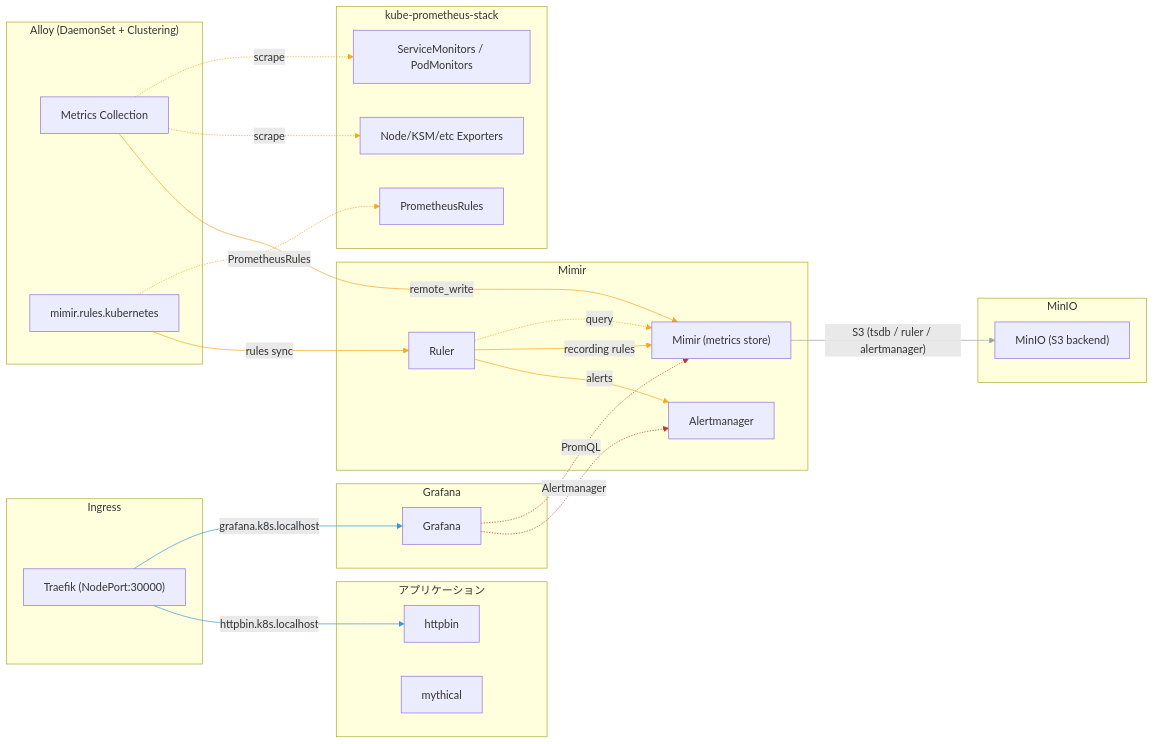
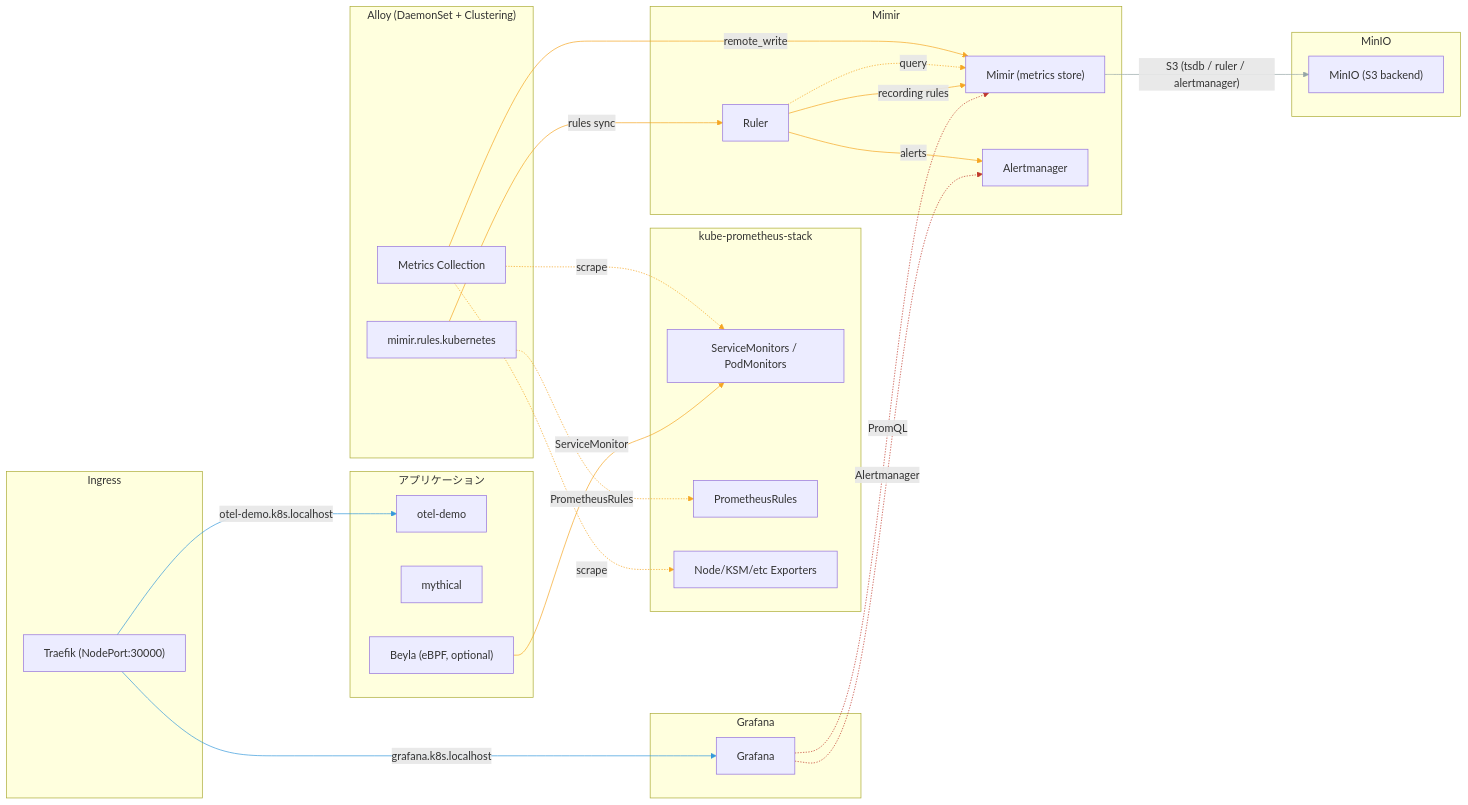
Before and after one commit to buzztaiki/sandbox: the first of 4 diagrams in k8s/alloy-lgtm-kubeprom/README.md, drawn with Mermaid. The commit also changed other lines of this file, not shown here.

First line of the commit message:
docs: update README diagrams to reflect current architecture

````diff
--- a/k8s/alloy-lgtm-kubeprom/README.md
+++ b/k8s/alloy-lgtm-kubeprom/README.md
@@ -34,60 +34,62 @@
 ```mermaid
 graph LR
     subgraph apps["アプリケーション"]
-        httpbin["httpbin"]
+        otel_demo["otel-demo"]
         mythical["mythical"]
+        beyla["Beyla (eBPF, optional)"]
     end
 
     subgraph kps["kube-prometheus-stack"]
         kube_monitors["ServiceMonitors / PodMonitors"]
         kube_rules["PrometheusRules"]
         exporters["Node/KSM/etc Exporters"]
     end
 
     subgraph alloy_ns["Alloy (DaemonSet + Clustering)"]
         alloy_metrics["Metrics Collection"]
         alloy_rules["mimir.rules.kubernetes"]
     end
 
     subgraph mimir_ns["Mimir"]
         mimir["Mimir (metrics store)"]
         mimir_am["Alertmanager"]
         mimir_ruler["Ruler"]
     end
 
     subgraph minio_ns["MinIO"]
         minio["MinIO (S3 backend)"]
     end
 
     subgraph grafana_ns["Grafana"]
         grafana["Grafana"]
     end
 
     subgraph ingress["Ingress"]
         traefik["Traefik (NodePort:30000)"]
     end
 
     alloy_metrics m1@-.->|"scrape"| kube_monitors
     alloy_metrics m2@-.->|"scrape"| exporters
     alloy_rules m3@-.->|"PrometheusRules"| kube_rules
     alloy_metrics m4@-->|"remote_write"| mimir
     alloy_rules m5@-->|"rules sync"| mimir_ruler
+    beyla b1@-->|"ServiceMonitor"| kube_monitors
     mimir_ruler x1@-.->|"query"| mimir
     mimir_ruler x2@-->|"recording rules"| mimir
     mimir_ruler x3@-->|"alerts"| mimir_am
     mimir s1@-->|"S3 (tsdb / ruler / alertmanager)"| minio
     grafana r1@-.->|"PromQL"| mimir
     grafana r2@-.->|"Alertmanager"| mimir_am
     traefik i1@-->|"grafana.k8s.localhost"| grafana
-    traefik i2@-->|"httpbin.k8s.localhost"| httpbin
+    traefik i2@-->|"otel-demo.k8s.localhost"| otel_demo
 
     classDef metrics stroke:#f5a623
     classDef storage stroke:#95a5a6
     classDef read stroke:#c0392b
     classDef ingress stroke:#3498db
 
-    class m1,m2,m3,m4,m5,x1,x2,x3 metrics
+    class m1,m2,m3,m4,m5,b1,x1,x2,x3 metrics
     class s1 storage
     class r1,r2 read
     class i1,i2 ingress
 ```
````
